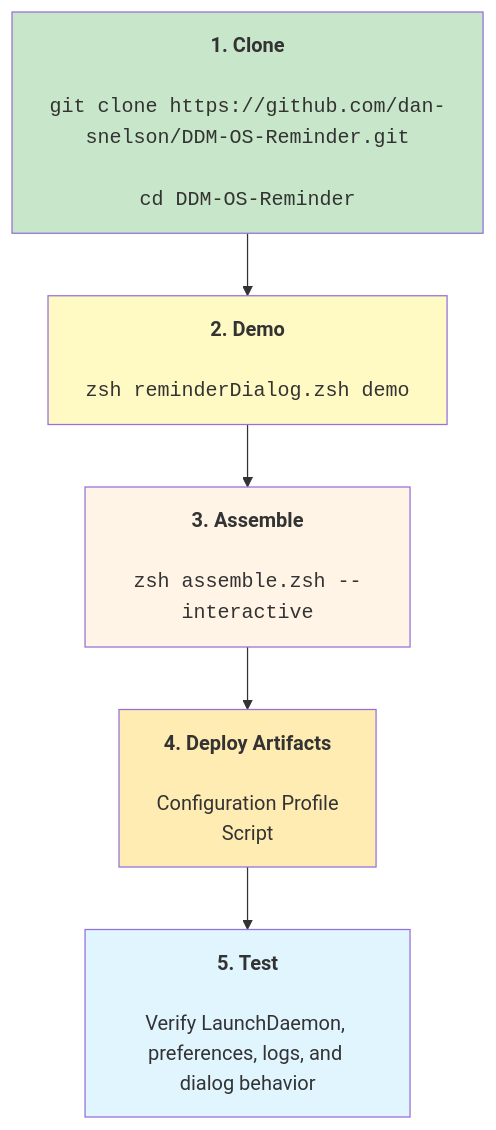
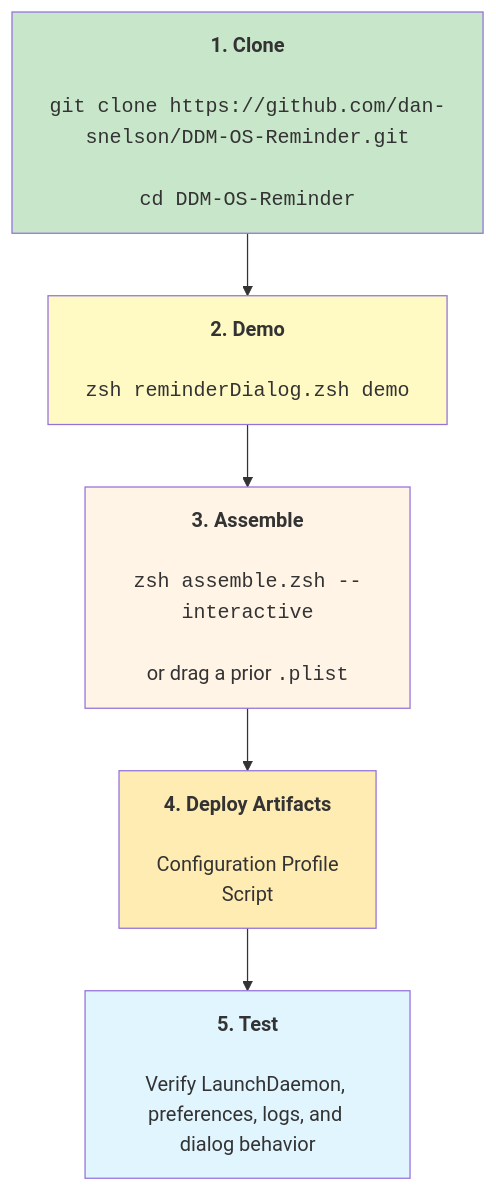
One commit to dan-snelson/DDM-OS-Reminder changed the diagram in Diagrams/00-overview.md. Above: the diagram before and after it, drawn with Mermaid. The commit also changed other lines of this file and 15 other files, not shown here.

````diff
--- a/Diagrams/00-overview.md
+++ b/Diagrams/00-overview.md
@@ -7,16 +7,16 @@
 ```mermaid
 flowchart TD
     Clone["<b>1. Clone</b><br/><br/><code>git&nbsp;clone&nbsp;https://github.com/dan-snelson/DDM-OS-Reminder.git</code><br/><br/><code>cd&nbsp;DDM-OS-Reminder</code>"]
     Demo["<b>2. Demo</b><br/><br/><code>zsh&nbsp;reminderDialog.zsh&nbsp;demo</code>"]
-    Assemble["<b>3. Assemble</b><br/><br/><code>zsh&nbsp;assemble.zsh&nbsp;--interactive</code>"]
+    Assemble["<b>3. Assemble</b><br/><br/><code>zsh&nbsp;assemble.zsh&nbsp;--interactive</code><br/><br/>or drag a prior <code>.plist</code>"]
     Deploy["<b>4. Deploy Artifacts</b><br/><br/>Configuration Profile<br/>Script"]
     Test["<b>5. Test</b><br/><br/>Verify LaunchDaemon, preferences, logs, and dialog behavior"]
 
     Clone --> Demo --> Assemble --> Deploy --> Test
 
     style Clone fill:#c8e6c9
     style Demo fill:#fff9c4
     style Assemble fill:#fff4e6
     style Deploy fill:#ffecb3
     style Test fill:#e1f5ff
 ```
````
